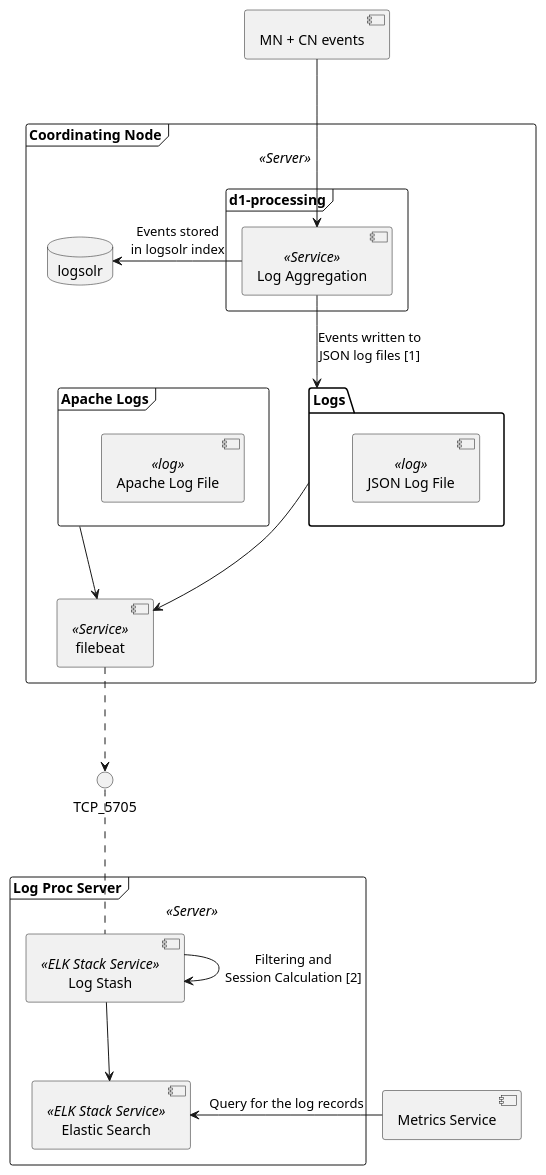
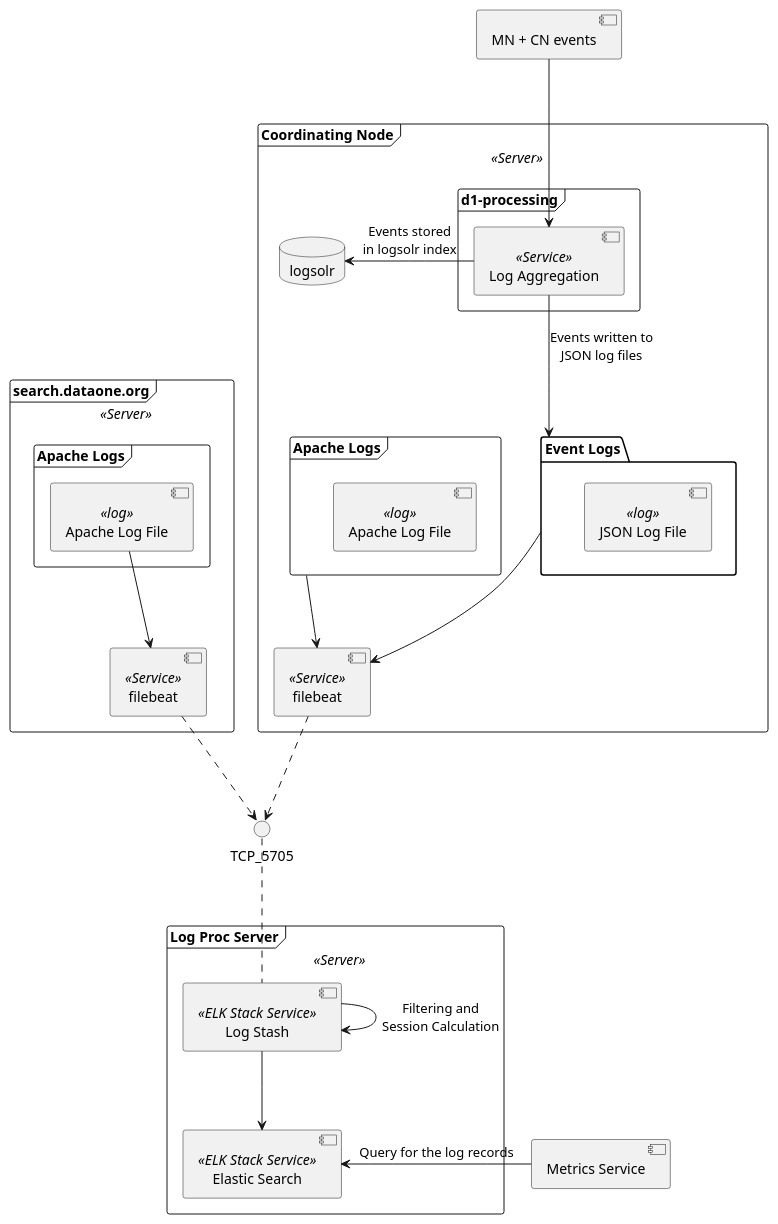
The diagram in doc/source/architecture.rst (DataONEorg/metrics-service), drawn with PlantUML before and after one commit. The commit also changed other lines of this file and 4 other files, not shown here.

```diff
--- a/doc/source/architecture.rst
+++ b/doc/source/architecture.rst
@@ -14,52 +7,63 @@
 .. uml::
     
     top to bottom direction
     
     ' For component diagram help see http://plantuml.com/component-diagram
     ' Define the components
     
     component comp1 [
     MN + CN events
     ]
 
+
     frame "Coordinating Node" as "cnserv" <<Server>> {
         frame "d1-processing" as "logagg" {
             [Log Aggregation] <<Service>>
         }
         
         database "logsolr" {
         }
         
-        folder "Logs" as logs{
+        folder "Event Logs" as logs{
             component [JSON Log File] <<log>>
         }
         
         frame "Apache Logs" as "apache" {
             component [Apache Log File] as cn.logs <<log>>
         }
         
         [filebeat] as cn.filebeat <<Service>>
+
+        [Log Aggregation] -down-> logs: "Events written to\nJSON log files"
+        [Log Aggregation] -right-> logsolr: "Events stored\nin logsolr index"
+        logs --> [cn.filebeat]:  ""
+        apache -->  [cn.filebeat] : ""
+    }
+
+    frame "search.dataone.org" as "search" <<Server>> {
+        frame "Apache Logs" as "search.apache" {
+            component [Apache Log File] as search.logs <<log>>
+        }
+        [filebeat] as search.filebeat <<Service>>
+        search.logs --> [search.filebeat]:  ""
     }
     
     frame "Log Proc Server" as "logproc" <<Server>> {
         component [Log Stash] <<ELK Stack Service>>
         
         component [Elastic Search] <<ELK Stack Service>>
     }
 
     component comp2 [
     Metrics Service
     ]
     
     
     ' Define the interactions
     comp1 --> [Log Aggregation]: ""
-    [Log Aggregation] -down-> logs: "Events written to\nJSON log files [1]"
-    [Log Aggregation] -right-> logsolr: "Events stored\nin logsolr index"
-    logs --> [cn.filebeat]:  ""
-    apache -->  [cn.filebeat] : ""
     TCP_5705 .. [Log Stash] : ""
     [cn.filebeat] ..> TCP_5705 : ""
-    [Log Stash] --> [Log Stash] : "Filtering and\nSession Calculation [2]"
+    [search.filebeat] ..> TCP_5705 : ""
+    [Log Stash] --> [Log Stash] : "Filtering and\nSession Calculation"
     [Log Stash] --> [Elastic Search] : ""
     comp2 -right-> [Elastic Search] : "Query for the log records"
```
